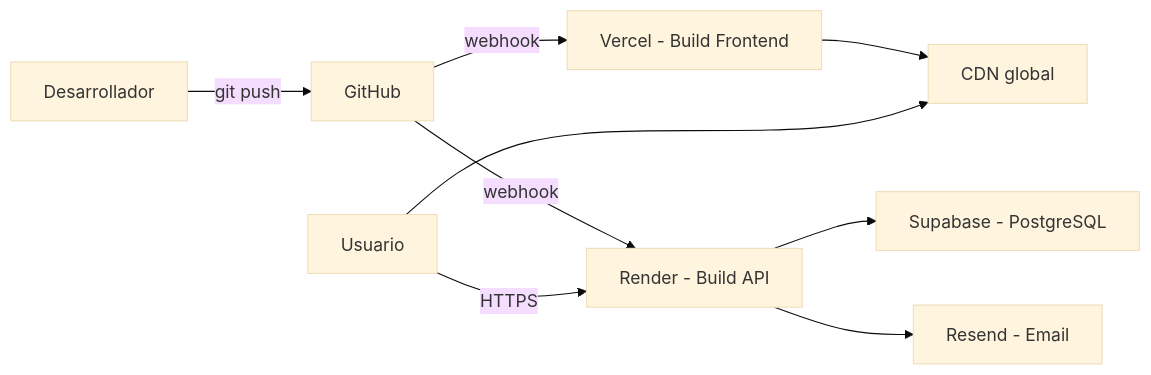
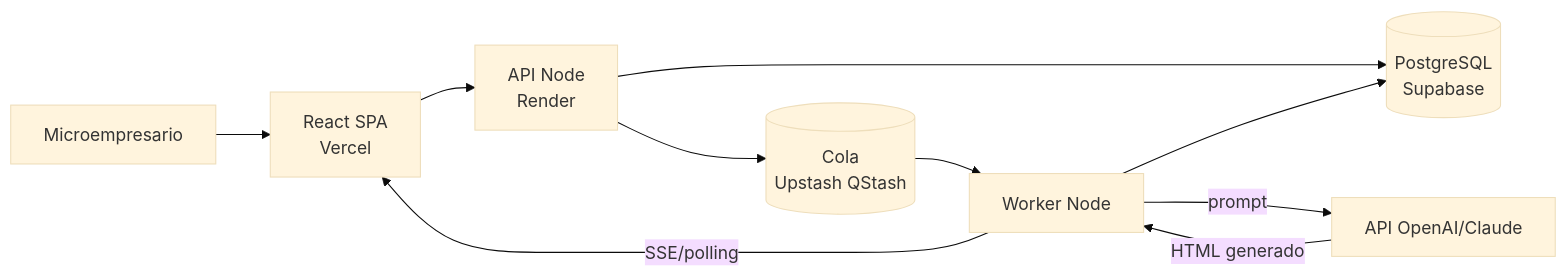
Before and after one commit to Umbingelelo/ejercicios-portafolio_titulo-001V: diagram 13 of 14 in Ejercicio_6_Patrones_Arquitectura_y_Despliegue.md, drawn with Mermaid (base theme). The commit also changed other lines of this file, not shown here.

````diff
--- a/Ejercicio_6_Patrones_Arquitectura_y_Despliegue.md
+++ b/Ejercicio_6_Patrones_Arquitectura_y_Despliegue.md
@@ -1848,11 +1592,12 @@
 ```mermaid
 flowchart LR
-    DEV[Desarrollador] -->|git push| GH[GitHub]
-    GH -->|webhook| V[Vercel - Build Frontend]
-    GH -->|webhook| R[Render - Build API]
-    V --> CDN[CDN global]
-    U[Usuario] --> CDN
-    U -->|HTTPS| R
-    R --> SB[Supabase - PostgreSQL]
-    R --> SG[Resend - Email]
+    U[Microempresario] --> WEB[React SPA<br/>Vercel]
+    WEB --> API[API Node<br/>Render]
+    API --> DB[(PostgreSQL<br/>Supabase)]
+    API --> Q[(Cola<br/>Upstash QStash)]
+    Q --> W[Worker Node]
+    W -->|prompt| IA[API OpenAI/Claude]
+    IA -->|HTML generado| W
+    W --> DB
+    W -->|SSE/polling| WEB
 ```
````
